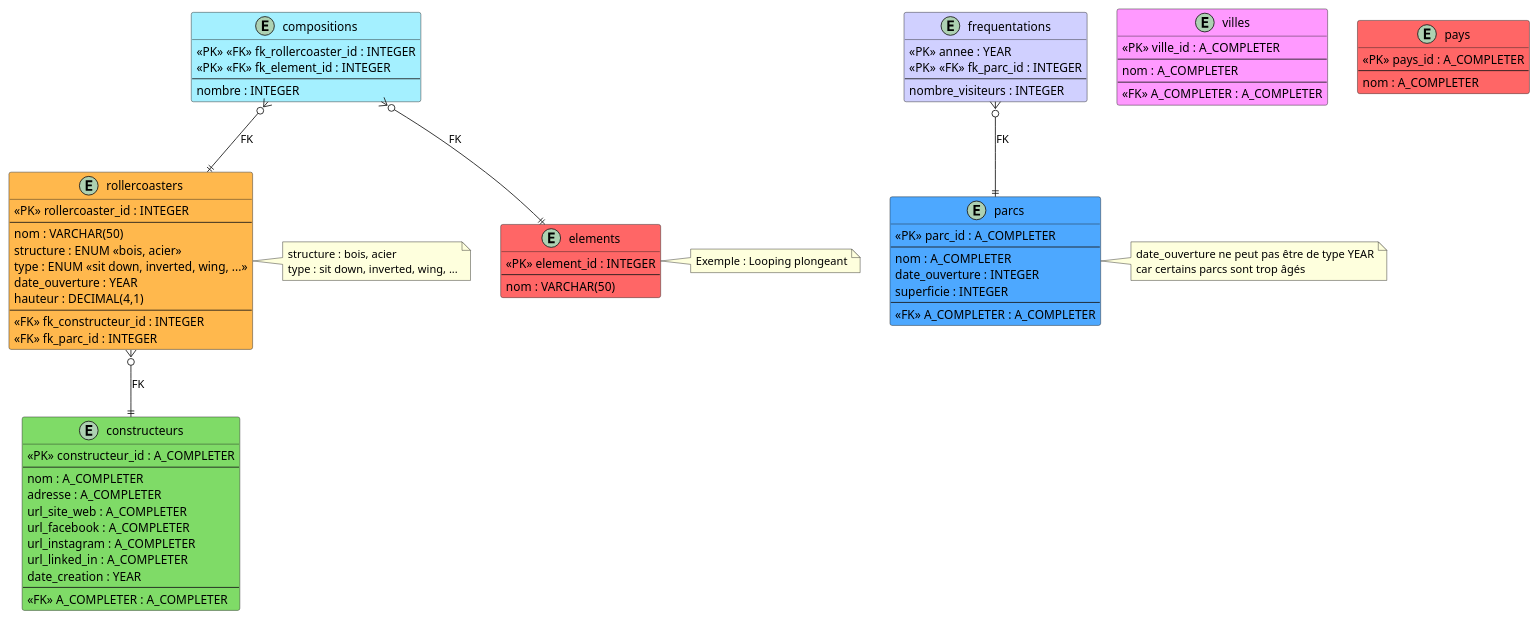
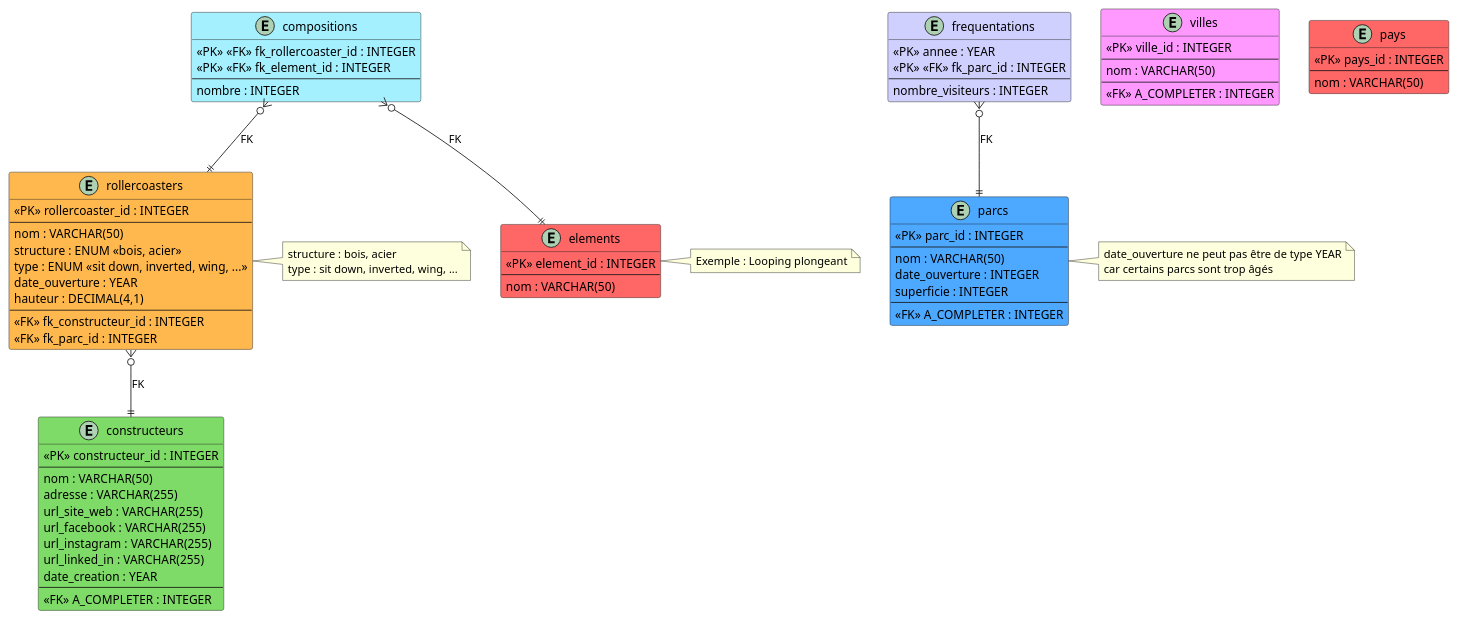
One commit to victorgms3/uml changed the diagram in Schéma ERD eurocoasters (A COMPLETER).puml. Above: the diagram before and after it, drawn with PlantUML. The commit also changed 2 other files, not shown here.

```diff
--- a/Schéma ERD eurocoasters (A COMPLETER).puml
+++ b/Schéma ERD eurocoasters (A COMPLETER).puml
@@ -1,120 +1,120 @@
 @startuml
 
 ' Personnalisation des stéréotypes PK et FK :
 skinparam class {
     StereotypeFontColor<<PK>> Black
     StereotypeFontColor<<FK>> Black
     StereotypeBackgroundColor<<PK>> YellowGreen
     StereotypeBackgroundColor<<FK>> LightSkyBlue
     SterotypeBorderColor<<PK>> Black
     SterotypeBorderColor<<FK>> Black
 }
 
 ' ---------------------------------
 ' Définition des entités (tables) :
 ' ---------------------------------
 
 entity rollercoasters #FFB84D {
     <<PK>> rollercoaster_id : INTEGER
     --
     nom : VARCHAR(50)
     structure : ENUM <<bois, acier>>
     type : ENUM <<sit down, inverted, wing, ...>>
     date_ouverture : YEAR
     hauteur : DECIMAL(4,1)
     --
     <<FK>> fk_constructeur_id : INTEGER
     <<FK>> fk_parc_id : INTEGER
 }
 
 entity constructeurs #7FDB67 {
-    <<PK>> constructeur_id : A_COMPLETER
+    <<PK>> constructeur_id : INTEGER
     --
-    nom : A_COMPLETER
-    adresse : A_COMPLETER
-    url_site_web : A_COMPLETER
-    url_facebook : A_COMPLETER
-    url_instagram : A_COMPLETER
-    url_linked_in : A_COMPLETER
+    nom : VARCHAR(50)
+    adresse : VARCHAR(255)
+    url_site_web : VARCHAR(255)
+    url_facebook : VARCHAR(255)
+    url_instagram : VARCHAR(255)
+    url_linked_in : VARCHAR(255)
     date_creation : YEAR
     --
-    <<FK>> A_COMPLETER : A_COMPLETER
+    <<FK>> A_COMPLETER : INTEGER
 }
 
 entity parcs #4DA8FF {
-    <<PK>> parc_id : A_COMPLETER
+    <<PK>> parc_id : INTEGER
     --
-    nom : A_COMPLETER    
+    nom : VARCHAR(50)    
     date_ouverture : INTEGER
     superficie : INTEGER
     --
-    <<FK>> A_COMPLETER : A_COMPLETER
+    <<FK>> A_COMPLETER : INTEGER
 }
 
 entity villes #FF99FF {
-    <<PK>> ville_id : A_COMPLETER
+    <<PK>> ville_id : INTEGER
     --
-    nom : A_COMPLETER
+    nom : VARCHAR(50)
     --
-    <<FK>> A_COMPLETER : A_COMPLETER
+    <<FK>> A_COMPLETER : INTEGER
 }
 
 entity pays #FF6666 {
-    <<PK>> pays_id : A_COMPLETER
+    <<PK>> pays_id : INTEGER
     --
-    nom : A_COMPLETER
+    nom : VARCHAR(50)
 }
 
 entity compositions #A4F0FF {
     <<PK>> <<FK>> fk_rollercoaster_id : INTEGER
     <<PK>> <<FK>> fk_element_id : INTEGER
     --
     nombre : INTEGER
 }
 
 entity elements #FF6666 {
     <<PK>> element_id : INTEGER
     --
     nom : VARCHAR(50)
 }
 
 entity frequentations #D0D0FF {
     <<PK>> annee : YEAR
     <<PK>> <<FK>> fk_parc_id : INTEGER
     --
     nombre_visiteurs : INTEGER
 }
 
 
 ' --------------------------------------------
 ' Définition des relations entre les entités :
 ' --------------------------------------------
 
 rollercoasters }o--|| constructeurs : "FK"
 
 ' COMPLETER ICI LES 4 RELATIONS MANQUANTES
 
 compositions }o--|| rollercoasters : "FK"
 compositions }o--|| elements : "FK"
 frequentations }o--|| parcs : "FK"
 
 
 ' ---------------------------------------------------------
 ' Annotations sur les types ou autres informations utiles :
 ' ---------------------------------------------------------
 
 note right of rollercoasters
     structure : bois, acier
     type : sit down, inverted, wing, ...
 end note
 
 note right of parcs
     date_ouverture ne peut pas être de type YEAR
     car certains parcs sont trop âgés
 end note
 
 note right of elements
     Exemple : Looping plongeant
 end note
 
 @enduml
```
